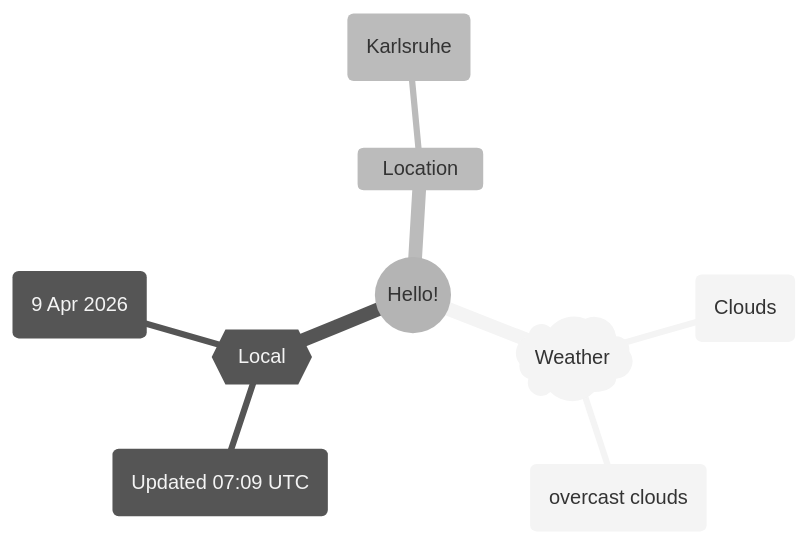
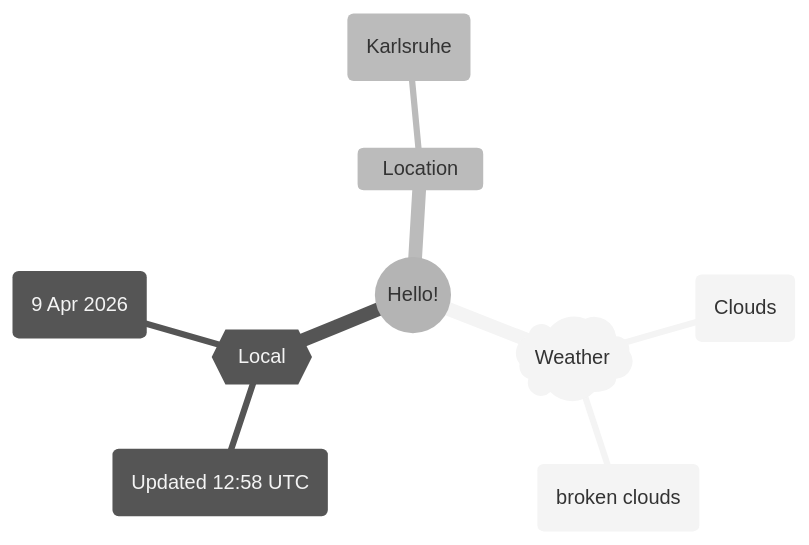
Before and after one commit to Xosrov/Xosrov: the first of 2 diagrams in README.md, drawn with Mermaid (neutral theme).

Commit message:
[bot] updated images

````diff
--- a/README.md
+++ b/README.md
@@ -3,12 +3,12 @@
 ```mermaid
 mindmap
   root((Hello!))
     )Weather(
         (Clouds)
-        (overcast clouds)
+        (broken clouds)
     {{Local}}
-        (Updated 07:09 UTC)
+        (Updated 12:58 UTC)
         (9 Apr 2026)
     Location
         (Karlsruhe)
 ```
````
